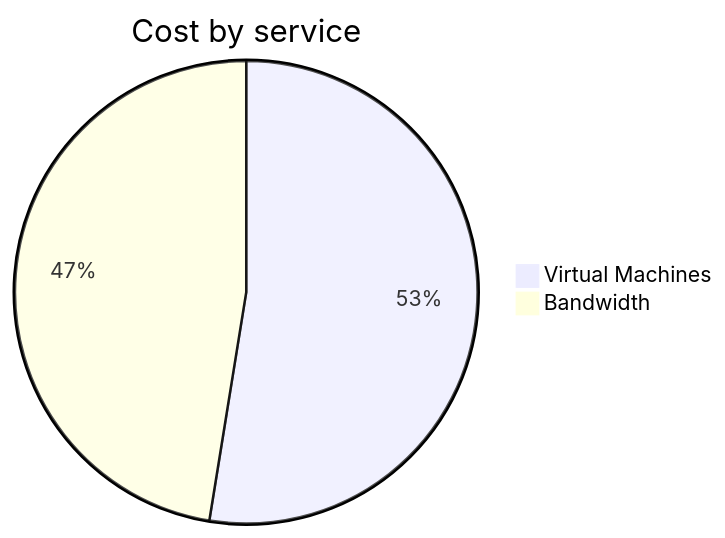
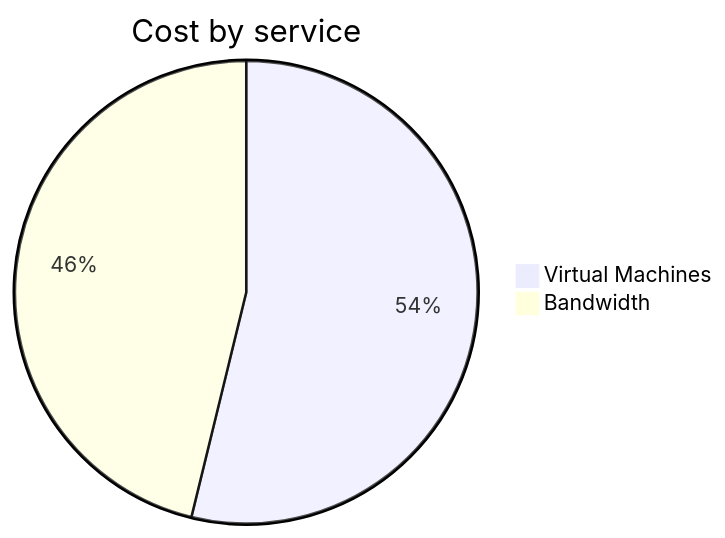
Before and after one commit to jpfulton/azure-personal-reports: the second of 4 diagrams in cost-reports/personal-network/vpn-server.md, drawn with Mermaid. The commit also changed other lines of this file and 8 other files, not shown here.

````diff
--- a/cost-reports/personal-network/vpn-server.md
+++ b/cost-reports/personal-network/vpn-server.md
@@ -96,6 +96,6 @@
 ```mermaid
 pie
    title Cost by service
-   "Virtual Machines" : 3.09
+   "Virtual Machines" : 3.25
    "Bandwidth" : 2.79
 ```
````
